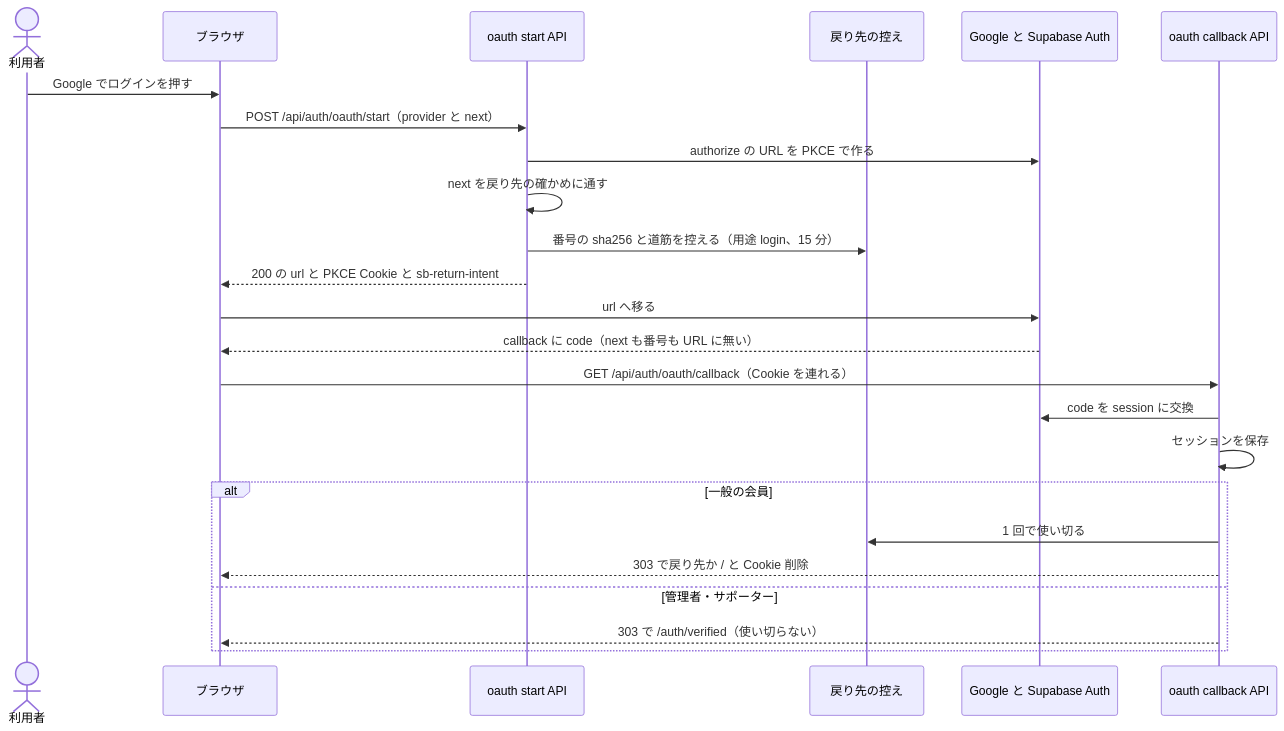
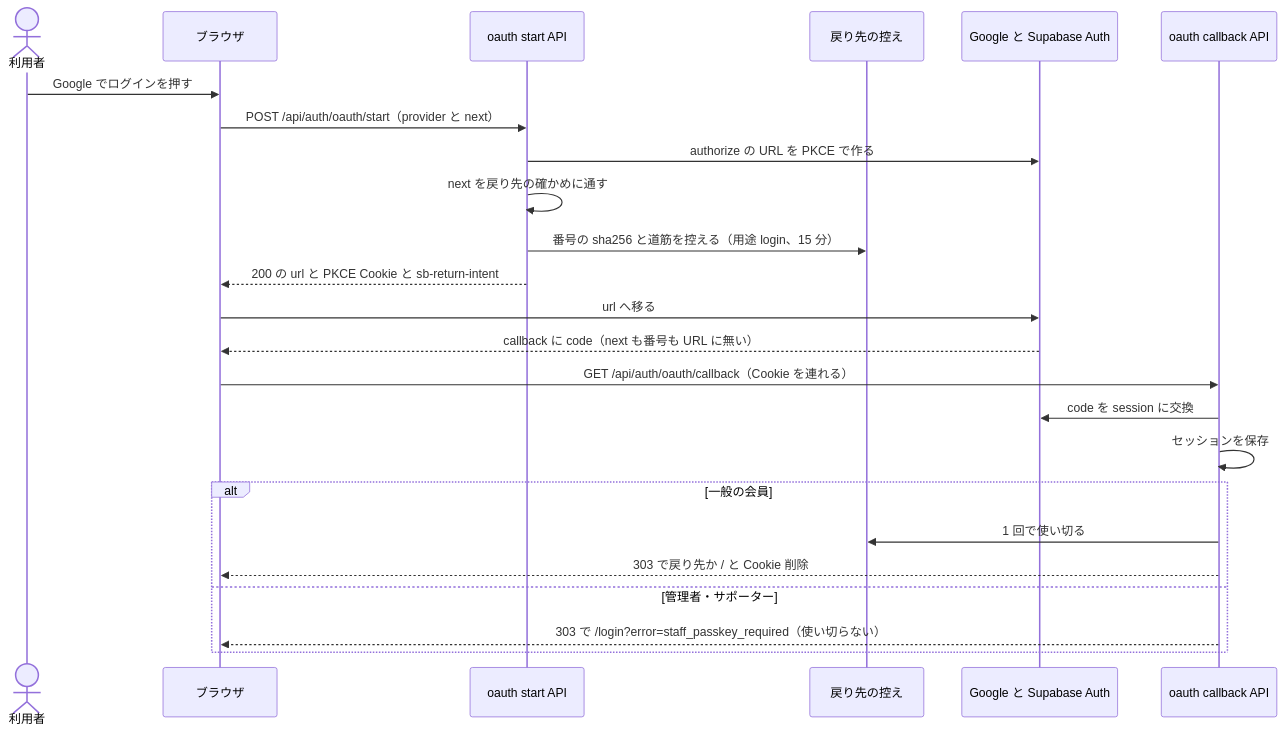
Before and after one commit to ChocoWork/o_official: the third of 3 diagrams in docs/04_DetailDesign/sequence/auth-oauth.md, drawn with Mermaid. The commit also changed other lines of this file and 107 other files, not shown here.

````diff
--- a/docs/04_DetailDesign/sequence/auth-oauth.md
+++ b/docs/04_DetailDesign/sequence/auth-oauth.md
@@ -96,26 +96,26 @@
 ```mermaid
 sequenceDiagram
   actor User as 利用者
   participant UI as ブラウザ
   participant Start as oauth start API
   participant Store as 戻り先の控え
   participant Google as Google と Supabase Auth
   participant CB as oauth callback API
   User->>UI: Google でログインを押す
   UI->>Start: POST /api/auth/oauth/start（provider と next）
   Start->>Google: authorize の URL を PKCE で作る
   Start->>Start: next を戻り先の確かめに通す
   Start->>Store: 番号の sha256 と道筋を控える（用途 login、15 分）
   Start-->>UI: 200 の url と PKCE Cookie と sb-return-intent
   UI->>Google: url へ移る
   Google-->>UI: callback に code（next も番号も URL に無い）
   UI->>CB: GET /api/auth/oauth/callback（Cookie を連れる）
   CB->>Google: code を session に交換
   CB->>CB: セッションを保存
   alt 一般の会員
     CB->>Store: 1 回で使い切る
     CB-->>UI: 303 で戻り先か / と Cookie 削除
   else 管理者・サポーター
-    CB-->>UI: 303 で /auth/verified（使い切らない）
+    CB-->>UI: 303 で /login?error=staff_passkey_required（使い切らない）
   end
 ```
````
